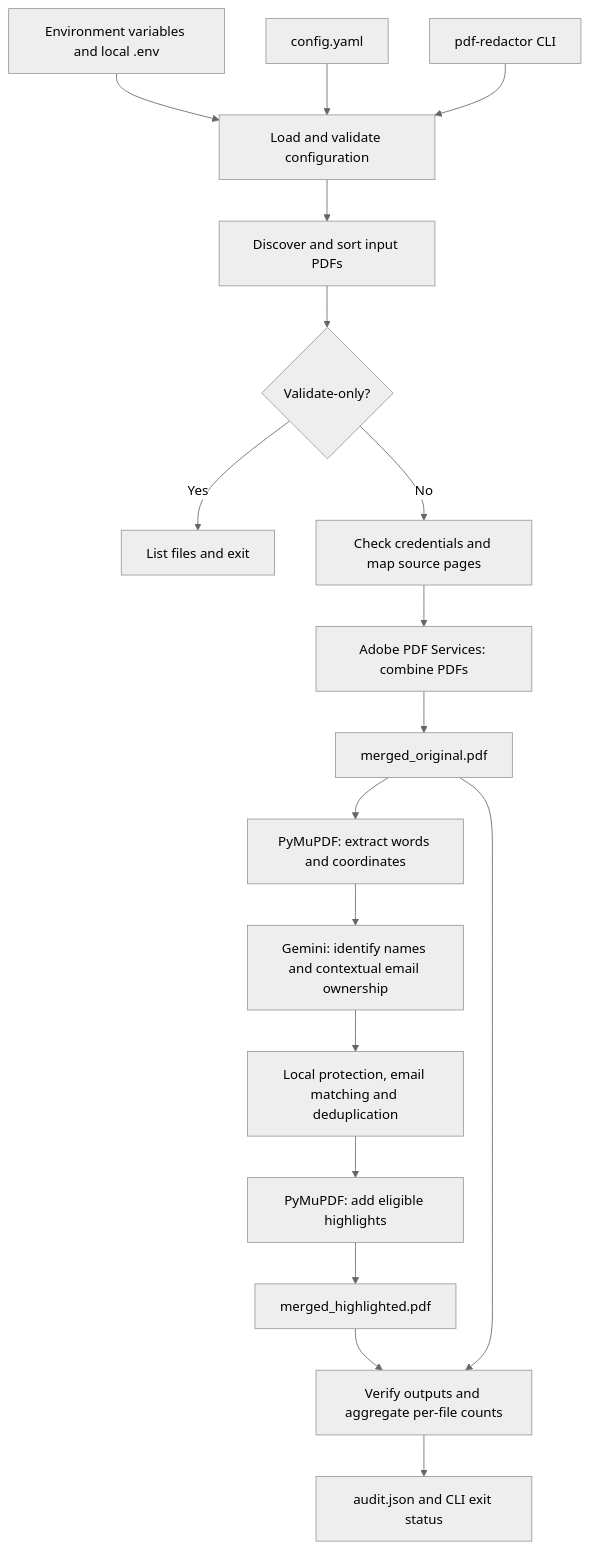
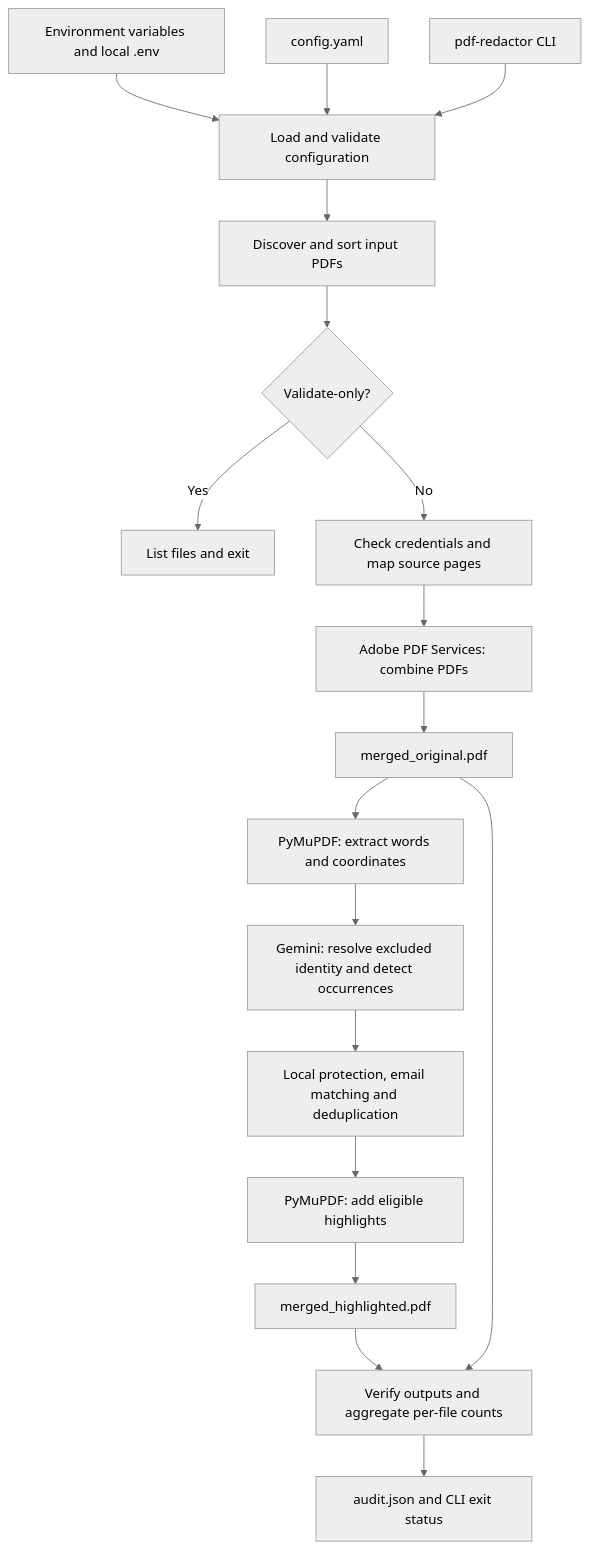
Before and after one commit to swagnikd-bit/Employee-Highlighter: the diagram in README.md, drawn with Mermaid (neutral theme). The commit also changed other lines of this file and 37 other files, not shown here.

````diff
--- a/README.md
+++ b/README.md
@@ -24,20 +24,20 @@
 ```mermaid
 flowchart TD
     ENV[Environment variables and local .env] --> CONFIG[Load and validate configuration]
     YAML[config.yaml] --> CONFIG
     CLI[pdf-redactor CLI] --> CONFIG
     CONFIG --> DISCOVER[Discover and sort input PDFs]
     DISCOVER --> VALIDATE{Validate-only?}
     VALIDATE -->|Yes| LIST[List files and exit]
     VALIDATE -->|No| MAP[Check credentials and map source pages]
     MAP --> ADOBE[Adobe PDF Services: combine PDFs]
     ADOBE --> ORIGINAL[merged_original.pdf]
     ORIGINAL --> EXTRACT[PyMuPDF: extract words and coordinates]
-    EXTRACT --> DETECT[Gemini: identify names and contextual email ownership]
+    EXTRACT --> DETECT[Gemini: resolve excluded identity and detect occurrences]
     DETECT --> PROTECT[Local protection, email matching and deduplication]
     PROTECT --> ANNOTATE[PyMuPDF: add eligible highlights]
     ANNOTATE --> RESULT[merged_highlighted.pdf]
     RESULT --> VERIFY[Verify outputs and aggregate per-file counts]
     ORIGINAL --> VERIFY
     VERIFY --> AUDIT[audit.json and CLI exit status]
 ```
````
